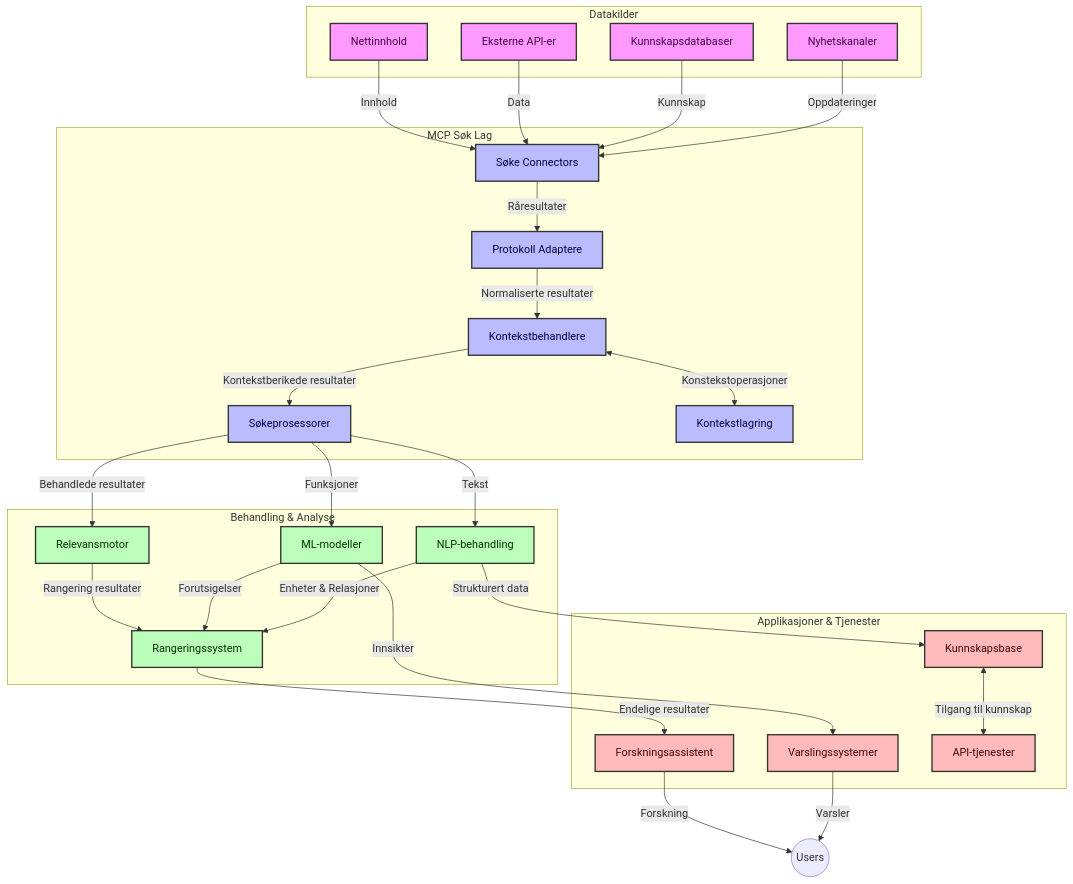
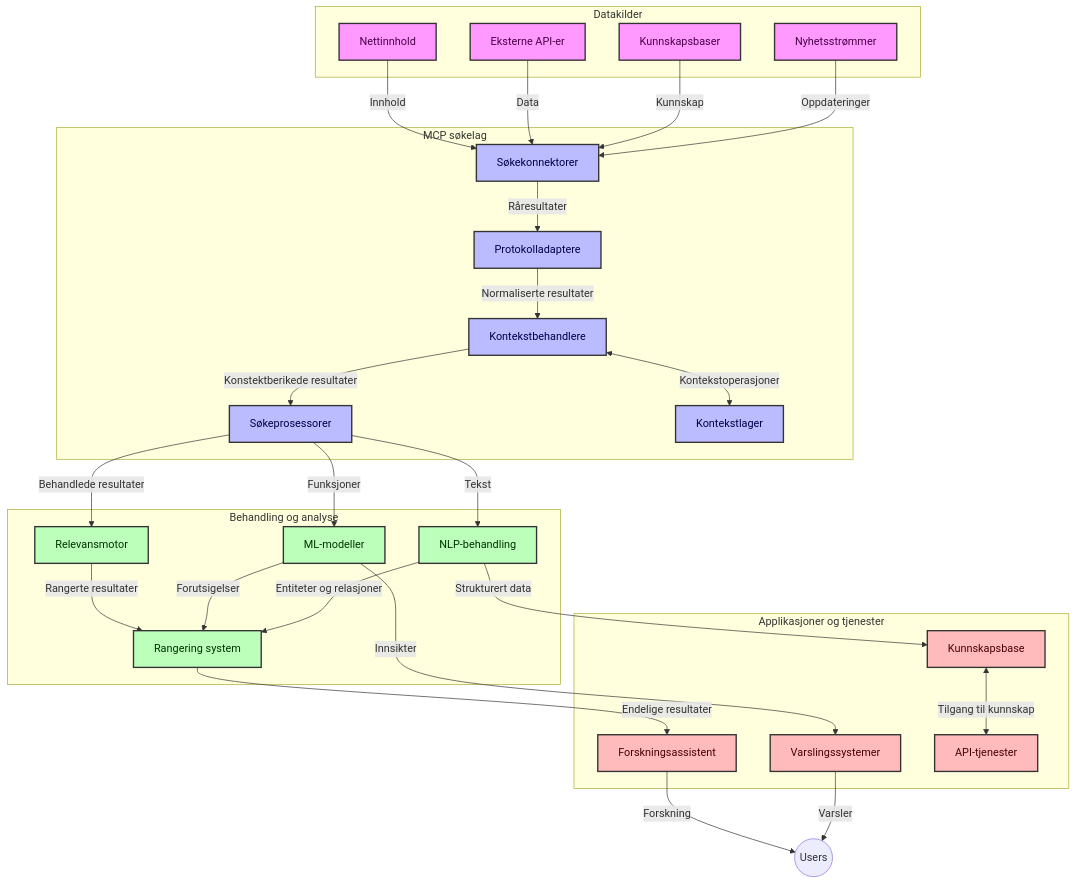
The first of 4 diagrams in translations/no/05-AdvancedTopics/mcp-realtimesearch/README.md (microsoft/mcp-for-beginners), drawn with Mermaid before and after one commit. The commit also changed other lines of this file and 156 other files, not shown here.

````diff
--- a/translations/no/05-AdvancedTopics/mcp-realtimesearch/README.md
+++ b/translations/no/05-AdvancedTopics/mcp-realtimesearch/README.md
@@ -109,66 +109,66 @@
 ```mermaid
 graph TD
     subgraph "Datakilder"
         Web[Nettinnhold]
         APIs[Eksterne API-er]
-        DB[Kunnskapsdatabaser]
-        News[Nyhetskanaler]
+        DB[Kunnskapsbaser]
+        News[Nyhetsstrømmer]
     end
 
-    subgraph "MCP Søk Lag"
-        SC[Søke Connectors]
-        PA[Protokoll Adaptere]
+    subgraph "MCP søkelag"
+        SC[Søkekonnektorer]
+        PA[Protokolladaptere]
         CH[Kontekstbehandlere]
         SP[Søkeprosessorer]
-        CS[Kontekstlagring]
+        CS[Kontekstlager]
     end
 
-    subgraph "Behandling & Analyse"
+    subgraph "Behandling og analyse"
         RE[Relevansmotor]
         ML[ML-modeller]
         NLP[NLP-behandling]
-        Rank[Rangeringssystem]
+        Rank[Rangering system]
     end
 
-    subgraph "Applikasjoner & Tjenester"
+    subgraph "Applikasjoner og tjenester"
         RA[Forskningsassistent]
         Alerts[Varslingssystemer]
         KB[Kunnskapsbase]
         API[API-tjenester]
     end
 
     Web -->|Innhold| SC
     APIs -->|Data| SC
     DB -->|Kunnskap| SC
     News -->|Oppdateringer| SC
     
     SC -->|Råresultater| PA
     PA -->|Normaliserte resultater| CH
-    CH <-->|Konstekstoperasjoner| CS
-    CH -->|Kontekstberikede resultater| SP
+    CH <-->|Kontekstoperasjoner| CS
+    CH -->|Konstektberikede resultater| SP
     SP -->|Behandlede resultater| RE
     SP -->|Funksjoner| ML
     SP -->|Tekst| NLP
     
-    RE -->|Rangering resultater| Rank
+    RE -->|Rangerte resultater| Rank
     ML -->|Forutsigelser| Rank
-    NLP -->|Enheter & Relasjoner| Rank
+    NLP -->|Entiteter og relasjoner| Rank
     
     Rank -->|Endelige resultater| RA
     ML -->|Innsikter| Alerts
     NLP -->|Strukturert data| KB
     
     RA -->|Forskning| Users((Users))
     Alerts -->|Varsler| Users
     KB <-->|Tilgang til kunnskap| API
 
     classDef sources fill:#f9f,stroke:#333,stroke-width:2px,color:#4a004a
     classDef mcp fill:#bbf,stroke:#333,stroke-width:2px,color:#00004a
     classDef processing fill:#bfb,stroke:#333,stroke-width:2px,color:#003300
     classDef apps fill:#fbb,stroke:#333,stroke-width:2px,color:#4a0000
     
     class Web,APIs,DB,News sources
     class SC,PA,CH,SP,CS mcp
     class RE,ML,NLP,Rank processing
     class RA,Alerts,KB,API apps
 ```
````
